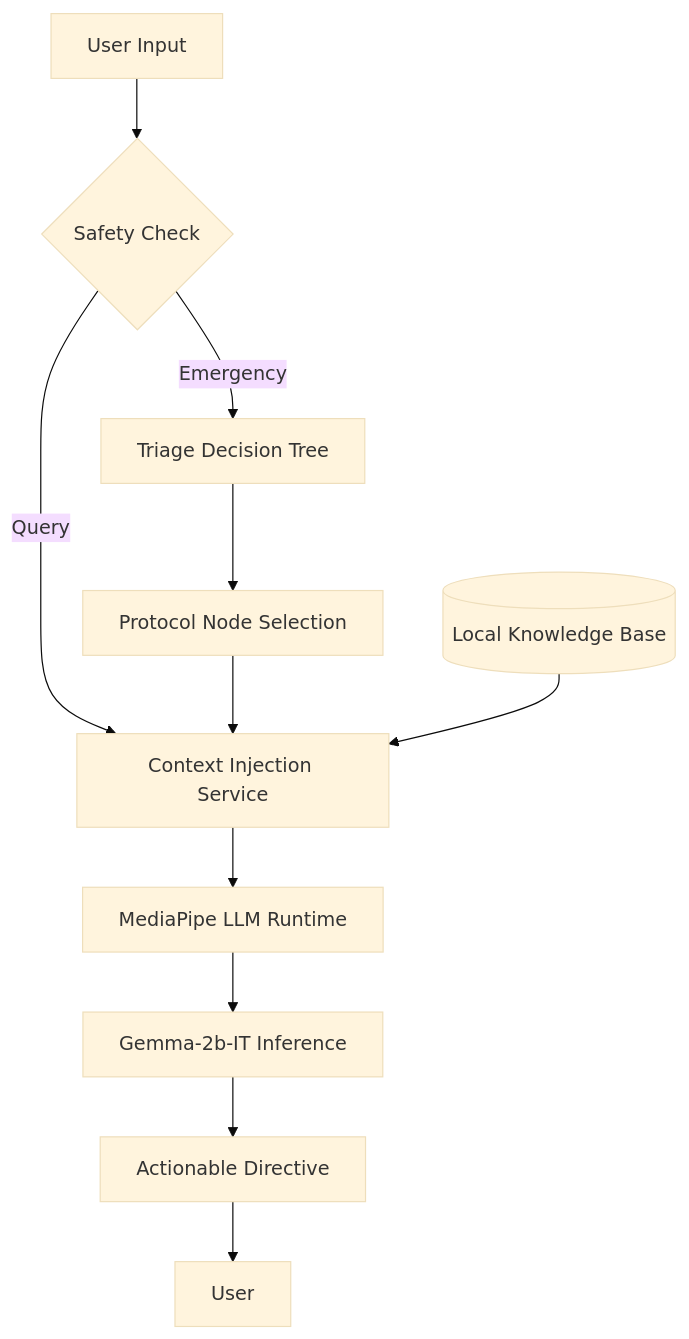
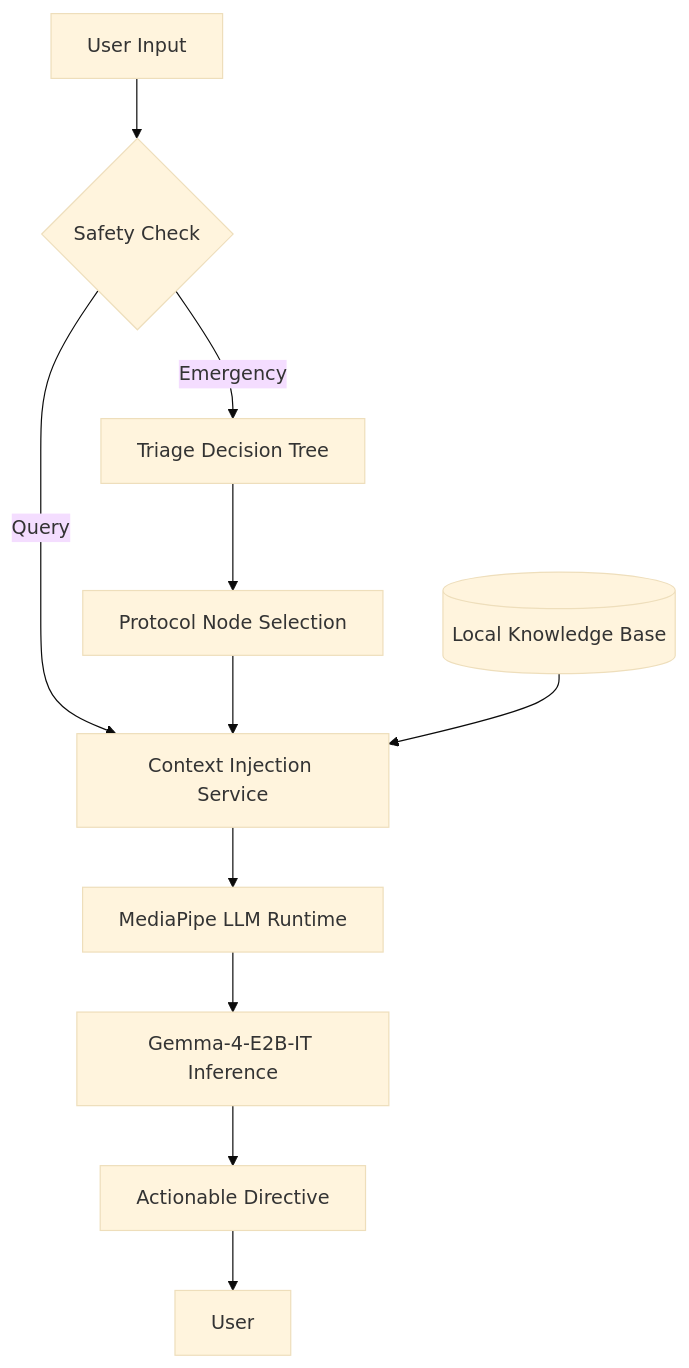
One commit to CosminSh/AIDEM changed the diagram in README.md. Above: the diagram before and after it, drawn with Mermaid (base theme). The commit also changed other lines of this file and 2 other files, not shown here.

Commit message:
docs: standardize model name to Gemma-4-E2B-IT across all documentation

````diff
--- a/README.md
+++ b/README.md
@@ -39,15 +39,15 @@
 ```mermaid
 graph TD
     A[User Input] --> B{Safety Check}
     B -- Emergency --> C[Triage Decision Tree]
     B -- Query --> D[Context Injection Service]
     
     C --> E[Protocol Node Selection]
     E --> D
     
     F[(Local Knowledge Base)] --> D
     D --> G[MediaPipe LLM Runtime]
-    G --> H[Gemma-2b-IT Inference]
+    G --> H[Gemma-4-E2B-IT Inference]
     H --> I[Actionable Directive]
     I --> J[User]
 ```
````
